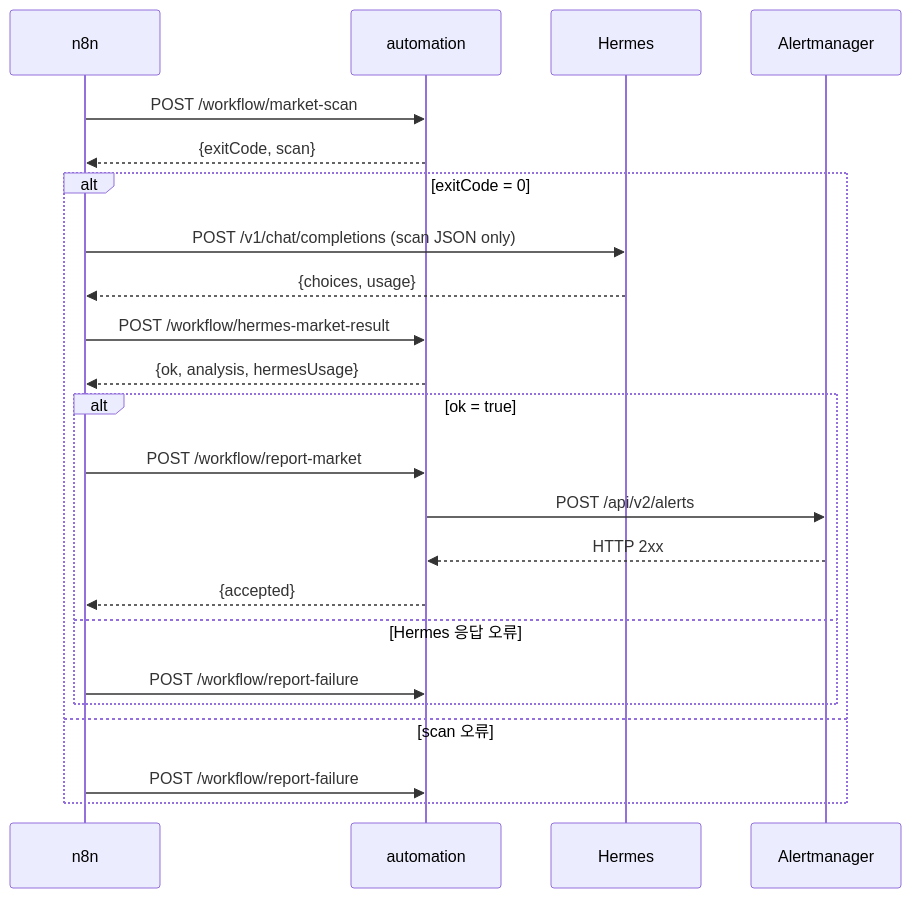
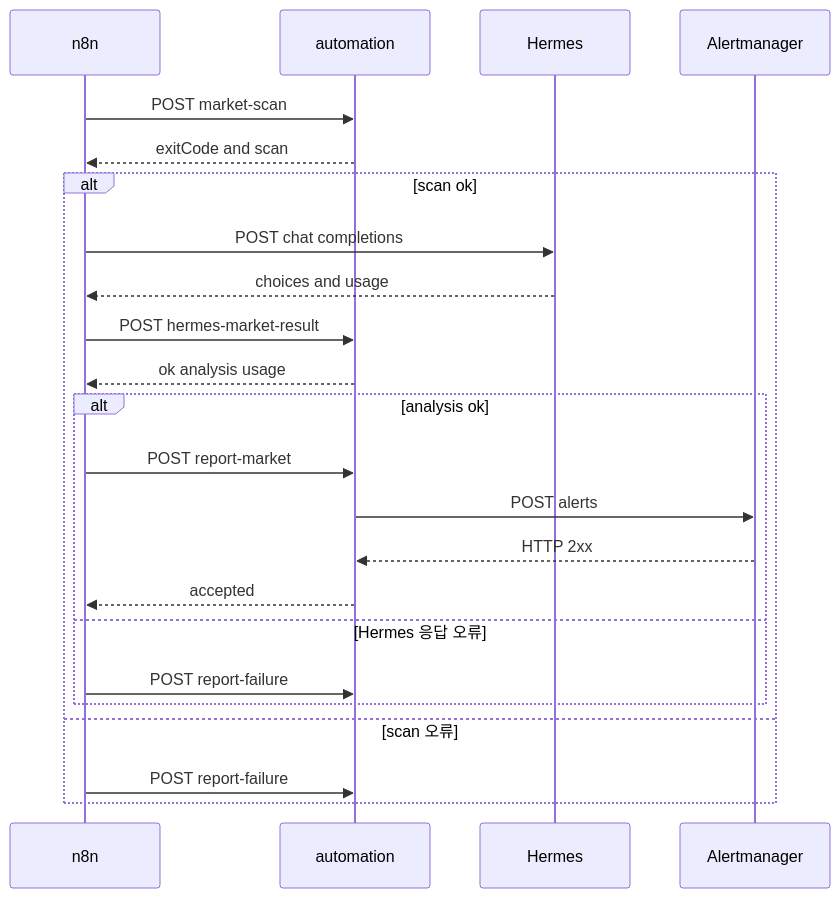
One commit to hunchulchoi/toss-trader changed the fifth of 12 diagrams in docs/system-workflow.md. Above: the diagram before and after it, drawn with Mermaid. The commit also changed other lines of this file and 12 other files, not shown here.

````diff
--- a/docs/system-workflow.md
+++ b/docs/system-workflow.md
@@ -161,25 +161,25 @@
 ```mermaid
 sequenceDiagram
     participant N as n8n
     participant A as automation
     participant H as Hermes
     participant AM as Alertmanager
-    N->>A: POST /workflow/market-scan
-    A-->>N: {exitCode, scan}
-    alt exitCode = 0
-        N->>H: POST /v1/chat/completions (scan JSON only)
-        H-->>N: {choices, usage}
-        N->>A: POST /workflow/hermes-market-result
-        A-->>N: {ok, analysis, hermesUsage}
-        alt ok = true
-            N->>A: POST /workflow/report-market
-            A->>AM: POST /api/v2/alerts
+    N->>A: POST market-scan
+    A-->>N: exitCode and scan
+    alt scan ok
+        N->>H: POST chat completions
+        H-->>N: choices and usage
+        N->>A: POST hermes-market-result
+        A-->>N: ok analysis usage
+        alt analysis ok
+            N->>A: POST report-market
+            A->>AM: POST alerts
             AM-->>A: HTTP 2xx
-            A-->>N: {accepted}
+            A-->>N: accepted
         else Hermes 응답 오류
-            N->>A: POST /workflow/report-failure
+            N->>A: POST report-failure
         end
     else scan 오류
-        N->>A: POST /workflow/report-failure
+        N->>A: POST report-failure
     end
 ```
````
